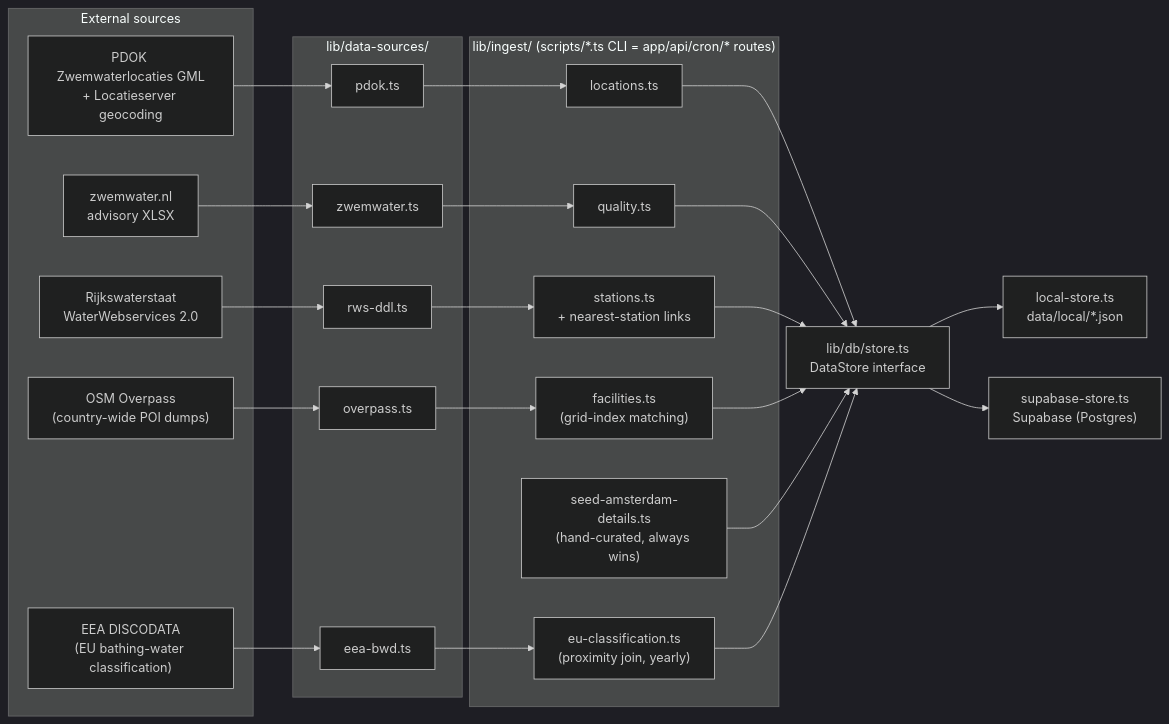
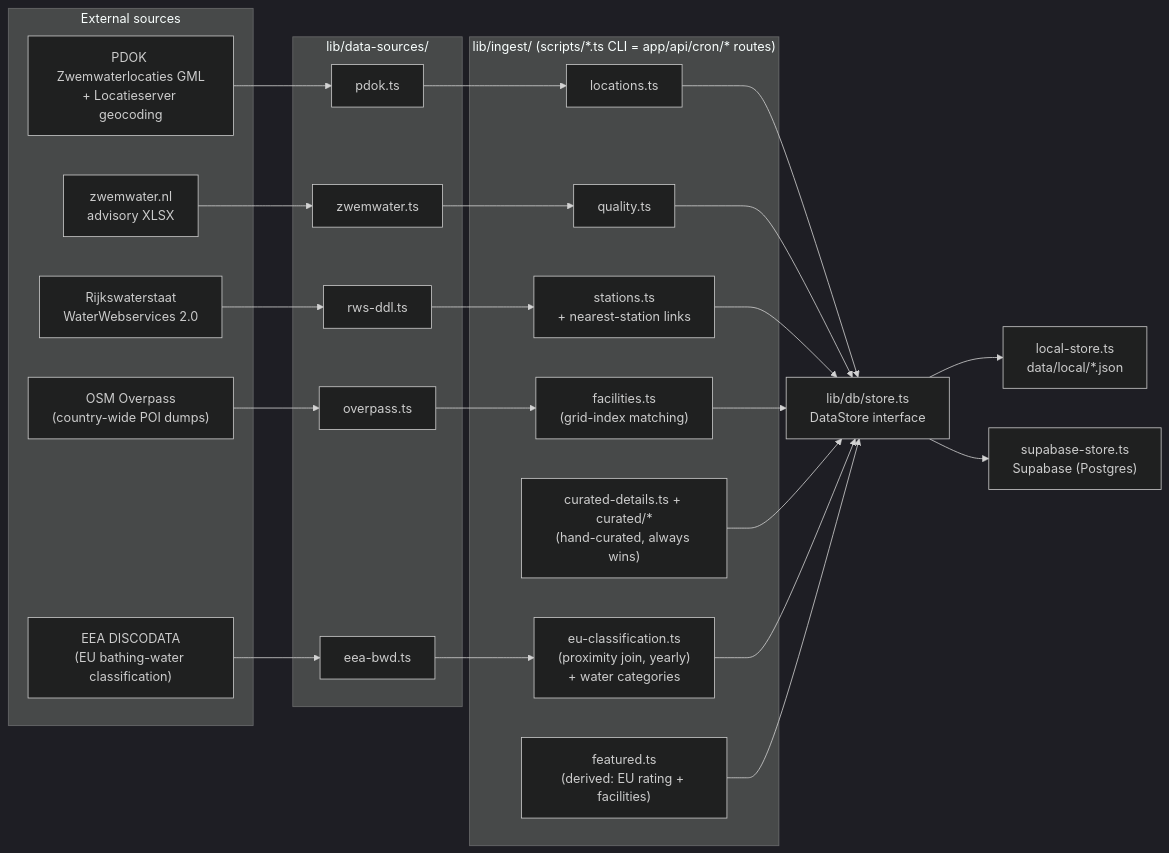
The first of 2 diagrams in README.md (CarlosEscat/nl-swim-spot-explorer), drawn with Mermaid (dark theme) before and after one commit. The commit also changed other lines of this file and 33 other files, not shown here.

First line of the commit message:
Expand beyond Amsterdam: national descriptions, top-rated spots, water types, city curation & filters

````diff
--- a/README.md
+++ b/README.md
@@ -121,45 +126,47 @@
 ```mermaid
 flowchart LR
   subgraph ext["External sources"]
     SRC1["PDOK Zwemwaterlocaties GML<br/>+ Locatieserver geocoding"]
     SRC2["zwemwater.nl<br/>advisory XLSX"]
     SRC3["Rijkswaterstaat<br/>WaterWebservices 2.0"]
     SRC4["OSM Overpass<br/>(country-wide POI dumps)"]
     SRC5["EEA DISCODATA<br/>(EU bathing-water classification)"]
   end
 
   subgraph ds["lib/data-sources/"]
     A1["pdok.ts"]
     A2["zwemwater.ts"]
     A3["rws-ddl.ts"]
     A4["overpass.ts"]
     A5["eea-bwd.ts"]
   end
 
   subgraph ing["lib/ingest/  (scripts/*.ts CLI = app/api/cron/* routes)"]
     I1["locations.ts"]
     I2["quality.ts"]
     I3["stations.ts<br/>+ nearest-station links"]
     I4["facilities.ts<br/>(grid-index matching)"]
-    I5["seed-amsterdam-details.ts<br/>(hand-curated, always wins)"]
-    I6["eu-classification.ts<br/>(proximity join, yearly)"]
+    I5["curated-details.ts + curated/*<br/>(hand-curated, always wins)"]
+    I6["eu-classification.ts<br/>(proximity join, yearly)<br/>+ water categories"]
+    I7["featured.ts<br/>(derived: EU rating + facilities)"]
   end
 
   STORE["lib/db/store.ts<br/>DataStore interface"]
   LOCAL["local-store.ts<br/>data/local/*.json"]
   SUPA["supabase-store.ts<br/>Supabase (Postgres)"]
 
   SRC1 --> A1 --> I1
   SRC2 --> A2 --> I2
   SRC3 --> A3 --> I3
   SRC4 --> A4 --> I4
   SRC5 --> A5 --> I6
   I1 --> STORE
   I2 --> STORE
   I3 --> STORE
   I4 --> STORE
   I5 --> STORE
   I6 --> STORE
+  I7 --> STORE
   STORE --> LOCAL
   STORE --> SUPA
 ```
````
